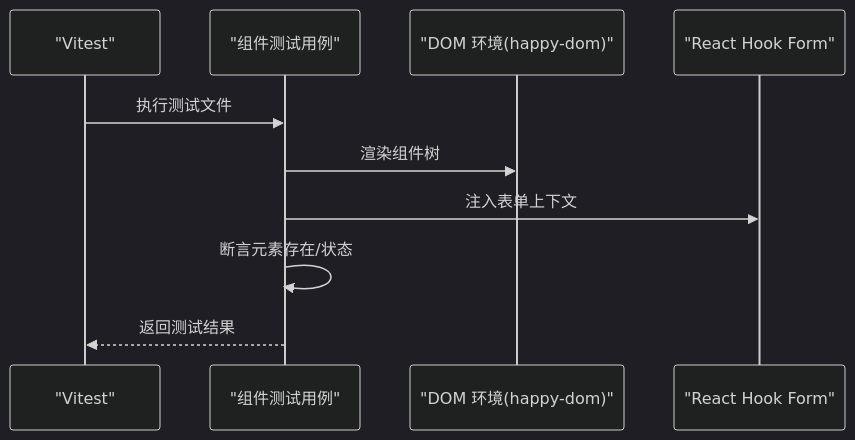
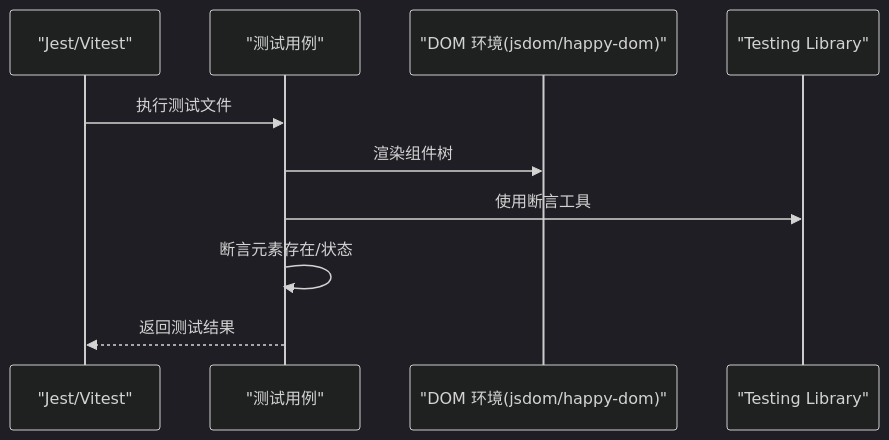
The third of 5 diagrams in .qoder/repowiki/zh/content/开发工具链/测试框架.md (KunLabAI/KunFlix), drawn with Mermaid (dark theme) before and after one commit. The commit also changed other lines of this file and 88 other files, not shown here.

````diff
--- a/.qoder/repowiki/zh/content/开发工具链/测试框架.md
+++ b/.qoder/repowiki/zh/content/开发工具链/测试框架.md
@@ -180,12 +214,12 @@
 ```mermaid
 sequenceDiagram
-participant T as "Vitest"
-participant C as "组件测试用例"
-participant D as "DOM 环境(happy-dom)"
-participant F as "React Hook Form"
+participant T as "Jest/Vitest"
+participant C as "测试用例"
+participant D as "DOM 环境(jsdom/happy-dom)"
+participant TL as "Testing Library"
 T->>C : 执行测试文件
 C->>D : 渲染组件树
-C->>F : 注入表单上下文
+C->>TL : 使用断言工具
 C->>C : 断言元素存在/状态
 C-->>T : 返回测试结果
 ```
````
